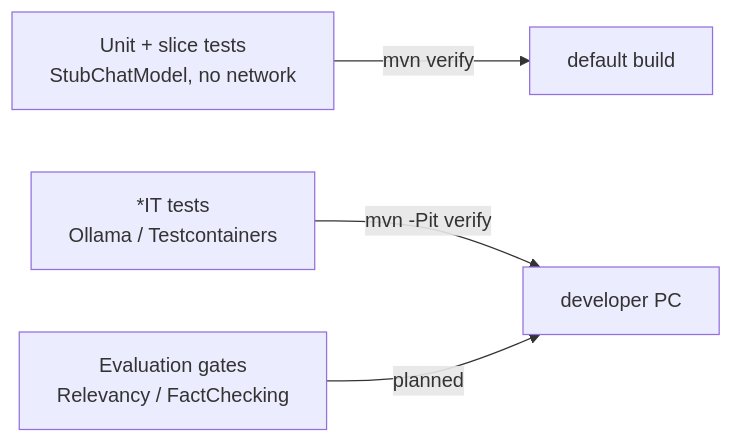
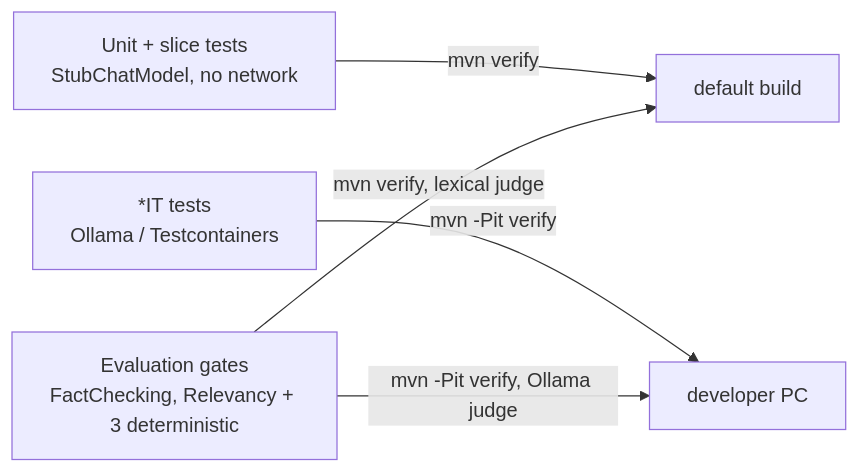
The third of 3 diagrams in docs/architecture.md (aaron-samuvel/java-ai-blueprints), drawn with Mermaid before and after one commit. The commit also changed 13 other files, not shown here.

````diff
--- a/docs/architecture.md
+++ b/docs/architecture.md
@@ -45,6 +45,7 @@
 ```mermaid
 flowchart LR
   u[Unit + slice tests<br/>StubChatModel, no network] -->|mvn verify| ci[default build]
   it[*IT tests<br/>Ollama / Testcontainers] -->|mvn -Pit verify| local[developer PC]
-  ev[Evaluation gates<br/>Relevancy / FactChecking] -->|planned| local
+  ev[Evaluation gates<br/>FactChecking, Relevancy + 3 deterministic] -->|mvn verify, lexical judge| ci
+  ev -->|mvn -Pit verify, Ollama judge| local
 ```
````
